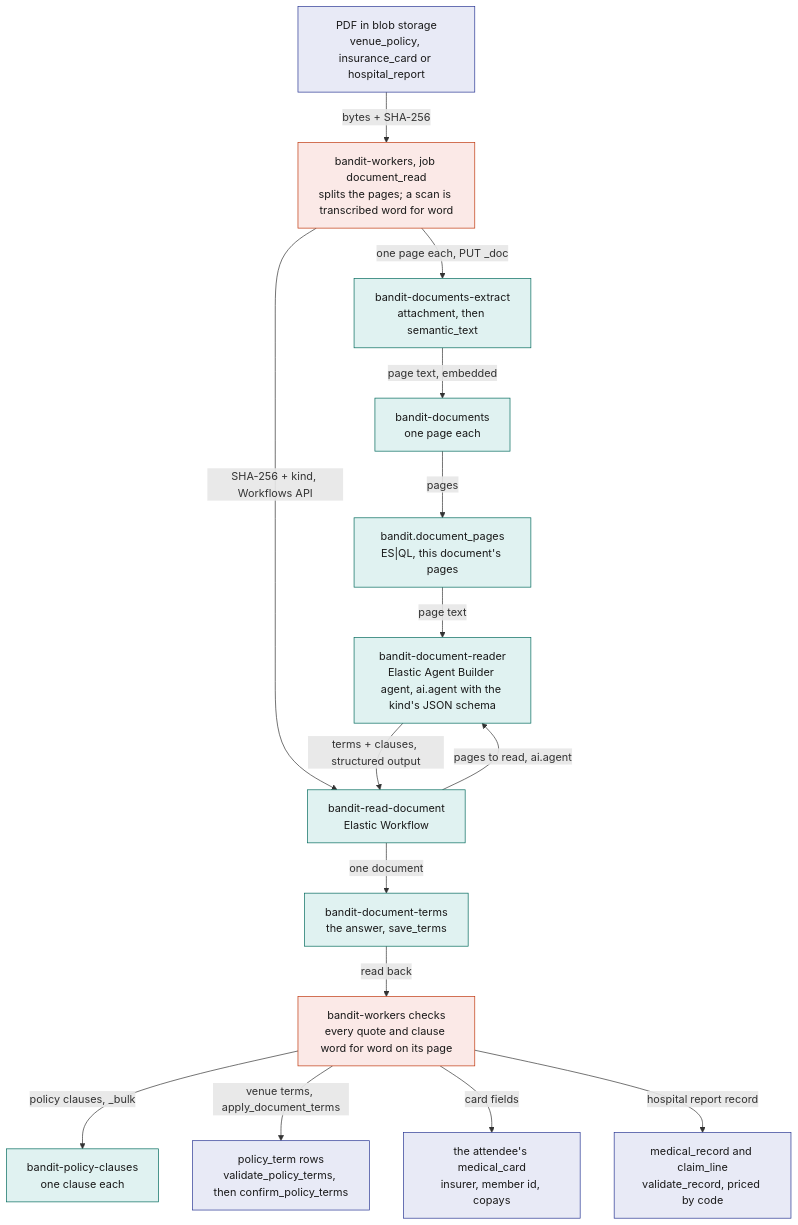
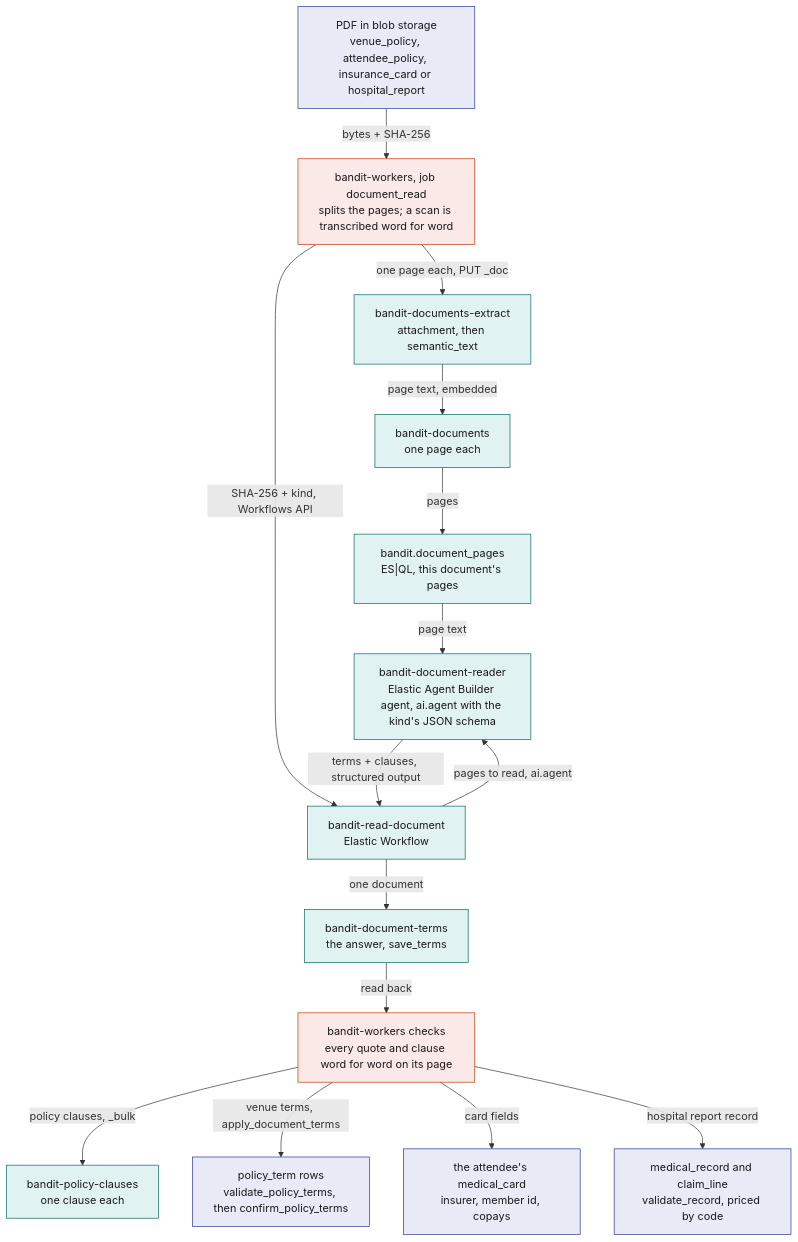
One commit to viktorinkov/cal-hacks-13 changed the eighth of 8 diagrams in System Design/7-integrations/Elastic.md. Above: the diagram before and after it, drawn with Mermaid. The commit also changed other lines of this file and 3 other files, not shown here.

````diff
--- a/System Design/7-integrations/Elastic.md
+++ b/System Design/7-integrations/Elastic.md
@@ -679,35 +683,35 @@
 ```mermaid
 flowchart TB
   classDef rust fill:#FBE9E7,stroke:#BF360C,color:#1A1A1A
   classDef stdb fill:#E8EAF6,stroke:#283593,color:#1A1A1A
   classDef ext fill:#E0F2F1,stroke:#00695C,color:#1A1A1A
 
-  PDF["PDF in blob storage<br/>venue_policy, insurance_card or hospital_report"]:::stdb
+  PDF["PDF in blob storage<br/>venue_policy, attendee_policy, insurance_card or hospital_report"]:::stdb
   DR["bandit-workers, job document_read<br/>splits the pages; a scan is transcribed word for word"]:::rust
   EX["bandit-documents-extract<br/>attachment, then semantic_text"]:::ext
   DOCS["bandit-documents<br/>one page each"]:::ext
   WF["bandit-read-document<br/>Elastic Workflow"]:::ext
   AG["bandit-document-reader<br/>Elastic Agent Builder agent, ai.agent with the kind's JSON schema"]:::ext
   TL["bandit.document_pages<br/>ES|QL, this document's pages"]:::ext
   TR["bandit-document-terms<br/>the answer, save_terms"]:::ext
   CHK["bandit-workers checks<br/>every quote and clause word for word on its page"]:::rust
   CL["bandit-policy-clauses<br/>one clause each"]:::ext
   PT["policy_term rows<br/>validate_policy_terms, then confirm_policy_terms"]:::stdb
   MC["the attendee's medical_card<br/>insurer, member id, copays"]:::stdb
   MR["medical_record and claim_line<br/>validate_record, priced by code"]:::stdb
 
   PDF -->|"bytes + SHA-256"| DR
   DR -->|"one page each, PUT _doc"| EX
   EX -->|"page text, embedded"| DOCS
   DR -->|"SHA-256 + kind, Workflows API"| WF
   WF -->|"pages to read, ai.agent"| AG
   DOCS -->|"pages"| TL
   TL -->|"page text"| AG
   AG -->|"terms + clauses, structured output"| WF
   WF -->|"one document"| TR
   TR -->|"read back"| CHK
   CHK -->|"policy clauses, _bulk"| CL
   CHK -->|"venue terms, apply_document_terms"| PT
   CHK -->|"card fields"| MC
   CHK -->|"hospital report record"| MR
 ```
````
